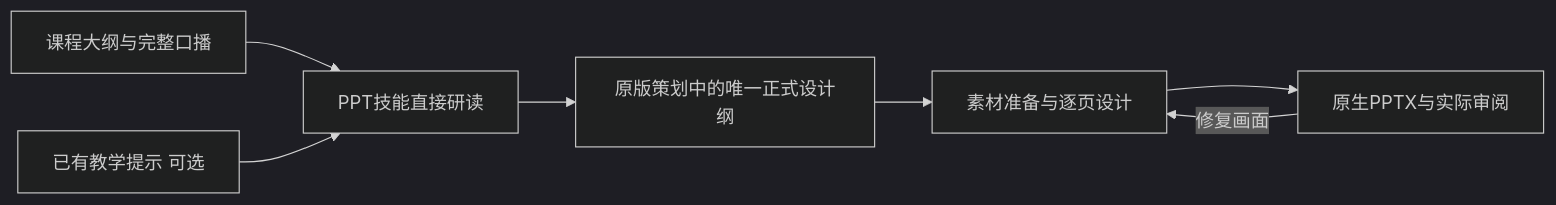
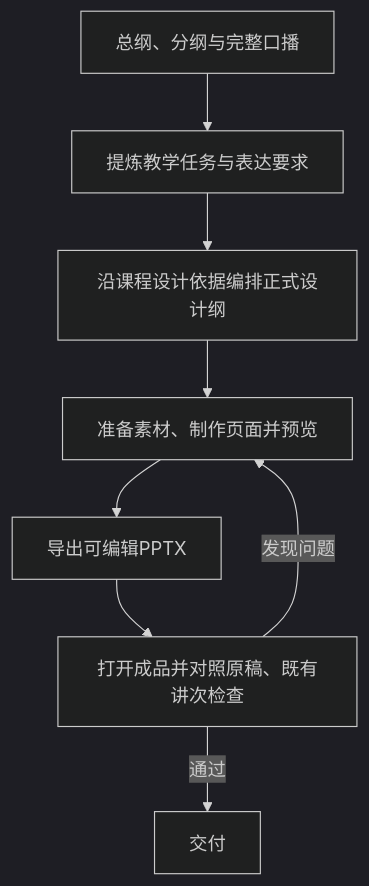
The diagram in docs/教学主线与落实方案.md (takehaya1111/course-ppt-skill), drawn with Mermaid (dark theme) before and after one commit. The commit also changed other lines of this file and 12 other files, not shown here.

````diff
--- a/docs/教学主线与落实方案.md
+++ b/docs/教学主线与落实方案.md
@@ -9,9 +9,10 @@
 ```mermaid
-flowchart LR
-  A[课程大纲与完整口播] --> C[PPT技能直接研读]
-  B[已有教学提示 可选] --> C
-  C --> D[原版策划中的唯一正式设计纲]
-  D --> E[素材准备与逐页设计]
-  E --> F[原生PPTX与实际审阅]
-  F -->|修复画面| E
+flowchart TD
+  A[总纲、分纲与完整口播] --> B[提炼教学任务与表达要求]
+  B --> C[沿课程设计依据编排正式设计纲]
+  C --> D[准备素材、制作页面并预览]
+  D --> E[导出可编辑PPTX]
+  E --> F[打开成品并对照原稿、既有讲次检查]
+  F -->|通过| G[交付]
+  F -->|发现问题| D
 ```
````
